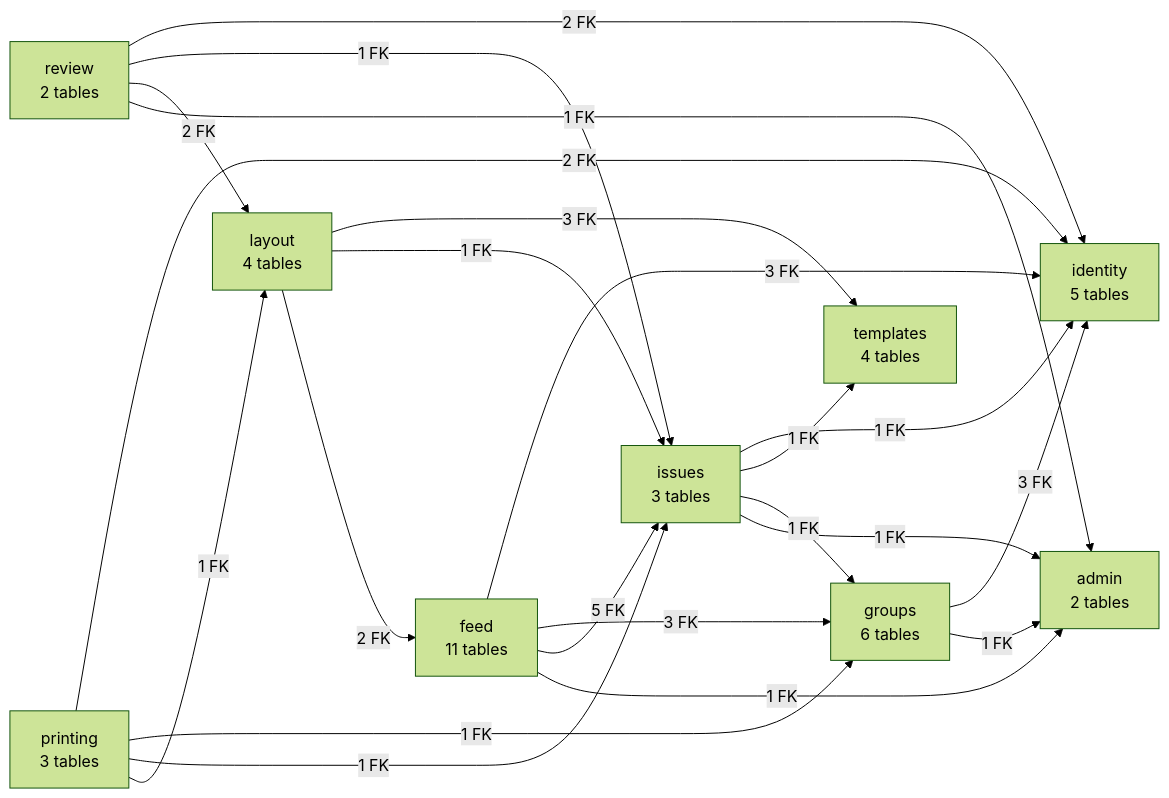
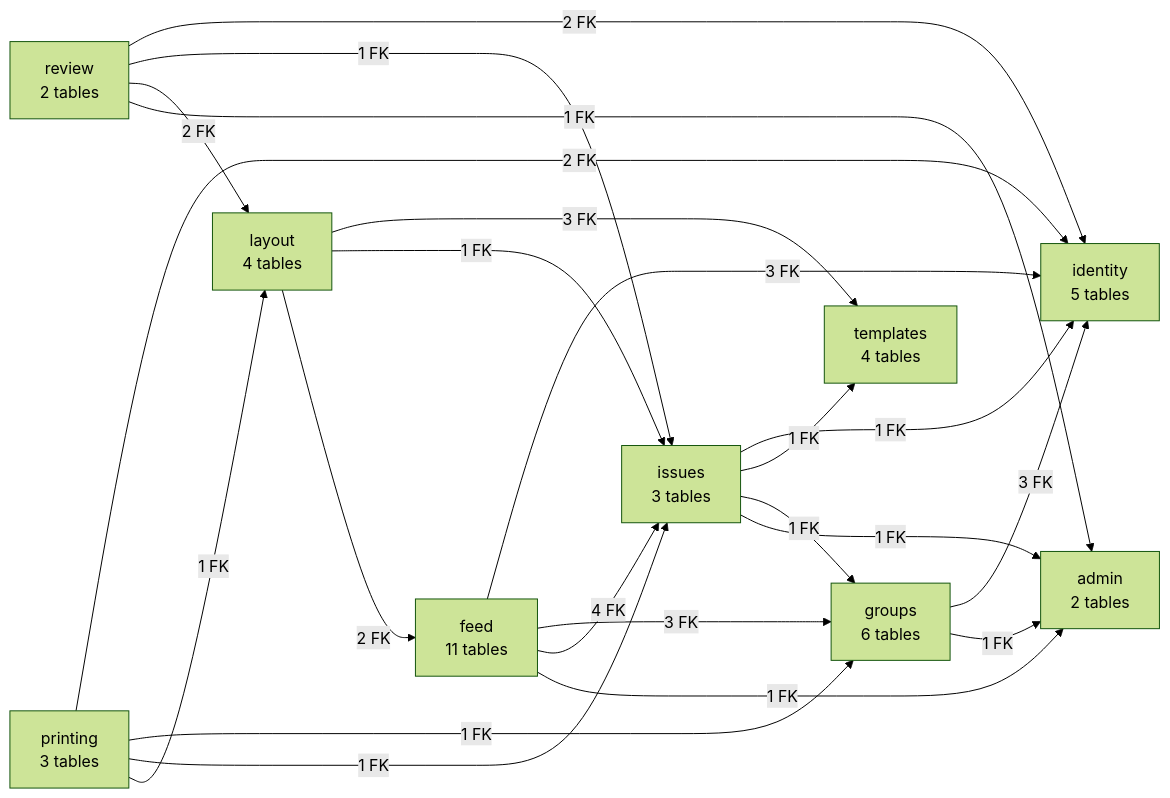
The first of 11 diagrams in docs/erd.md (js1211-code/bogomagazine), drawn with Mermaid (forest theme) before and after one commit. The commit also changed other lines of this file and 6 other files, not shown here.

````diff
--- a/docs/erd.md
+++ b/docs/erd.md
@@ -13,33 +13,33 @@
 ```mermaid
 flowchart LR
     identity["identity<br/>5 tables"]
     templates["templates<br/>4 tables"]
     groups["groups<br/>6 tables"]
     issues["issues<br/>3 tables"]
     feed["feed<br/>11 tables"]
     layout["layout<br/>4 tables"]
     review["review<br/>2 tables"]
     printing["printing<br/>3 tables"]
     admin["admin<br/>2 tables"]
     groups -->|"3 FK"| identity
     groups -->|"1 FK"| admin
     issues -->|"1 FK"| identity
     issues -->|"1 FK"| templates
     issues -->|"1 FK"| groups
     issues -->|"1 FK"| admin
     feed -->|"3 FK"| identity
     feed -->|"3 FK"| groups
-    feed -->|"5 FK"| issues
+    feed -->|"4 FK"| issues
     feed -->|"1 FK"| admin
     layout -->|"3 FK"| templates
     layout -->|"1 FK"| issues
     layout -->|"2 FK"| feed
     review -->|"2 FK"| identity
     review -->|"1 FK"| issues
     review -->|"2 FK"| layout
     review -->|"1 FK"| admin
     printing -->|"2 FK"| identity
     printing -->|"1 FK"| groups
     printing -->|"1 FK"| issues
     printing -->|"1 FK"| layout
 ```
````
